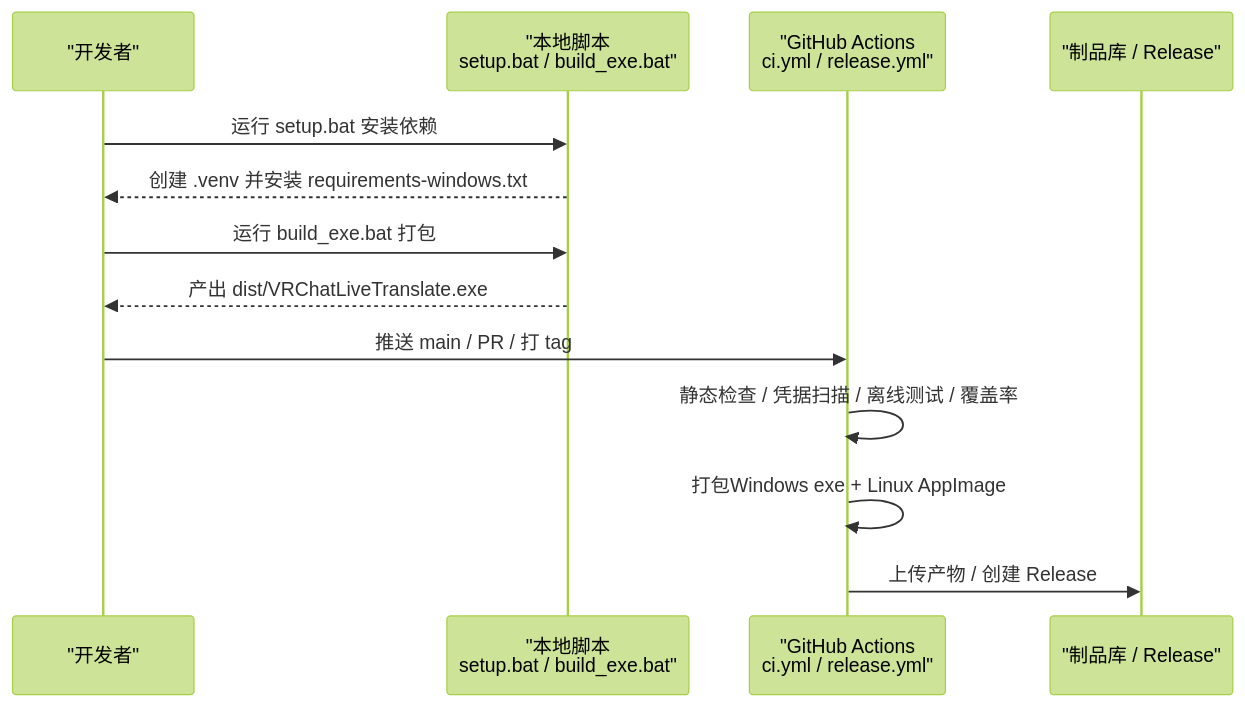
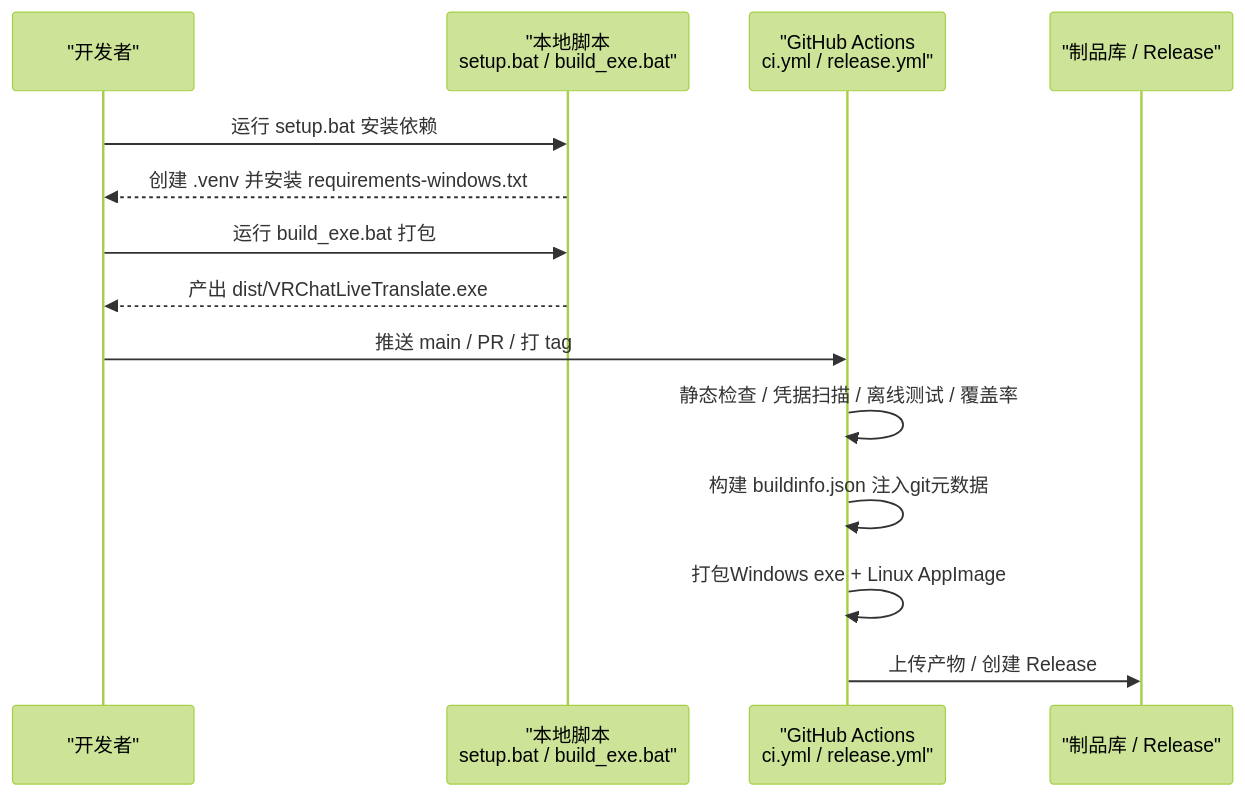
Before and after one commit to EMeowAGENT/vrchat-livetranslate: the second of 10 diagrams in .qoder/repowiki/zh/content/部署与发布.md, drawn with Mermaid (forest theme). The commit also changed other lines of this file and 75 other files, not shown here.

````diff
--- a/.qoder/repowiki/zh/content/部署与发布.md
+++ b/.qoder/repowiki/zh/content/部署与发布.md
@@ -92,15 +104,16 @@
 ```mermaid
 sequenceDiagram
 participant Dev as "开发者"
 participant Local as "本地脚本<br/>setup.bat / build_exe.bat"
 participant CI as "GitHub Actions<br/>ci.yml / release.yml"
 participant Artifacts as "制品库 / Release"
 Dev->>Local : 运行 setup.bat 安装依赖
 Local-->>Dev : 创建 .venv 并安装 requirements-windows.txt
 Dev->>Local : 运行 build_exe.bat 打包
 Local-->>Dev : 产出 dist/VRChatLiveTranslate.exe
 Dev->>CI : 推送 main / PR / 打 tag
 CI->>CI : 静态检查 / 凭据扫描 / 离线测试 / 覆盖率
+CI->>CI : 构建 buildinfo.json 注入git元数据
 CI->>CI : 打包Windows exe + Linux AppImage
 CI->>Artifacts : 上传产物 / 创建 Release
 ```
````
